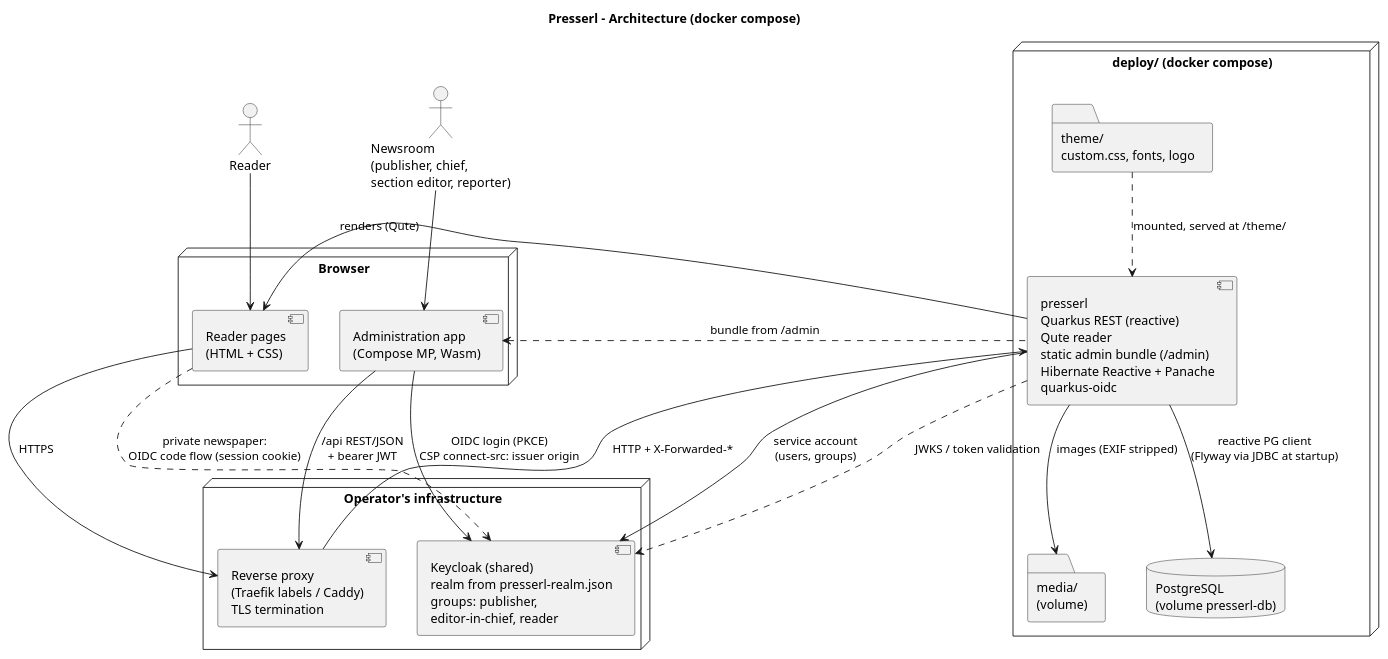
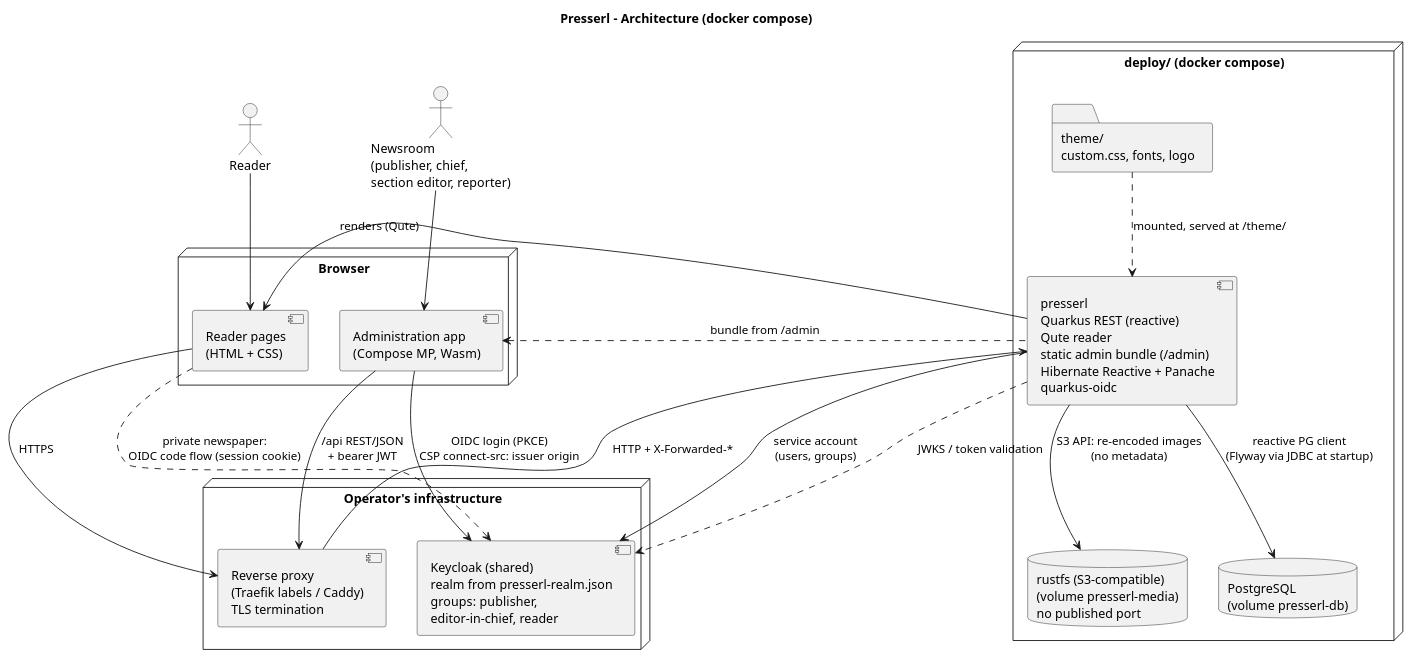
The diagram in docs/diagrams/architecture.puml (UnterrainerInformatik/presserl), drawn with PlantUML before and after one commit. The commit also changed 62 other files, not shown here.

```diff
--- a/docs/diagrams/architecture.puml
+++ b/docs/diagrams/architecture.puml
@@ -1,37 +1,37 @@
 @startuml architecture
 title Presserl – Architecture (docker compose)
 skinparam shadowing false
 skinparam defaultFontName Sans-Serif
 
 actor "Reader" as reader
 actor "Newsroom\n(publisher, chief,\nsection editor, reporter)" as newsroom
 node "Browser" {
   component "Reader pages\n(HTML + CSS)" as html
   component "Administration app\n(Compose MP, Wasm)" as admin
 }
 node "Operator's infrastructure" {
   component "Reverse proxy\n(Traefik labels / Caddy)\nTLS termination" as proxy
   component "Keycloak (shared)\nrealm from presserl-realm.json\ngroups: publisher,\neditor-in-chief, reader" as kc
 }
 node "deploy/ (docker compose)" {
   component "presserl\nQuarkus REST (reactive)\nQute reader\nstatic admin bundle (/admin)\nHibernate Reactive + Panache\nquarkus-oidc" as srv
   folder "theme/\ncustom.css, fonts, logo" as theme
   database "PostgreSQL\n(volume presserl-db)" as db
-  folder "media/\n(volume)" as media
+  database "rustfs (S3-compatible)\n(volume presserl-media)\nno published port" as media
 }
 
 reader --> html
 newsroom --> admin
 html --> proxy : HTTPS
 admin --> proxy : /api REST/JSON\n+ bearer JWT
 proxy --> srv : HTTP + X-Forwarded-*
 srv --> html : renders (Qute)
 admin <.. srv : bundle from /admin
 theme ..> srv : mounted, served at /theme/
 html ..> kc : private newspaper:\nOIDC code flow (session cookie)
 admin --> kc : OIDC login (PKCE)\nCSP connect-src: issuer origin
 srv --> kc : service account\n(users, groups)
 srv ..> kc : JWKS / token validation
 srv --> db : reactive PG client\n(Flyway via JDBC at startup)
-srv --> media : images (EXIF stripped)
+srv --> media : S3 API: re-encoded images\n(no metadata)
 @enduml
```
